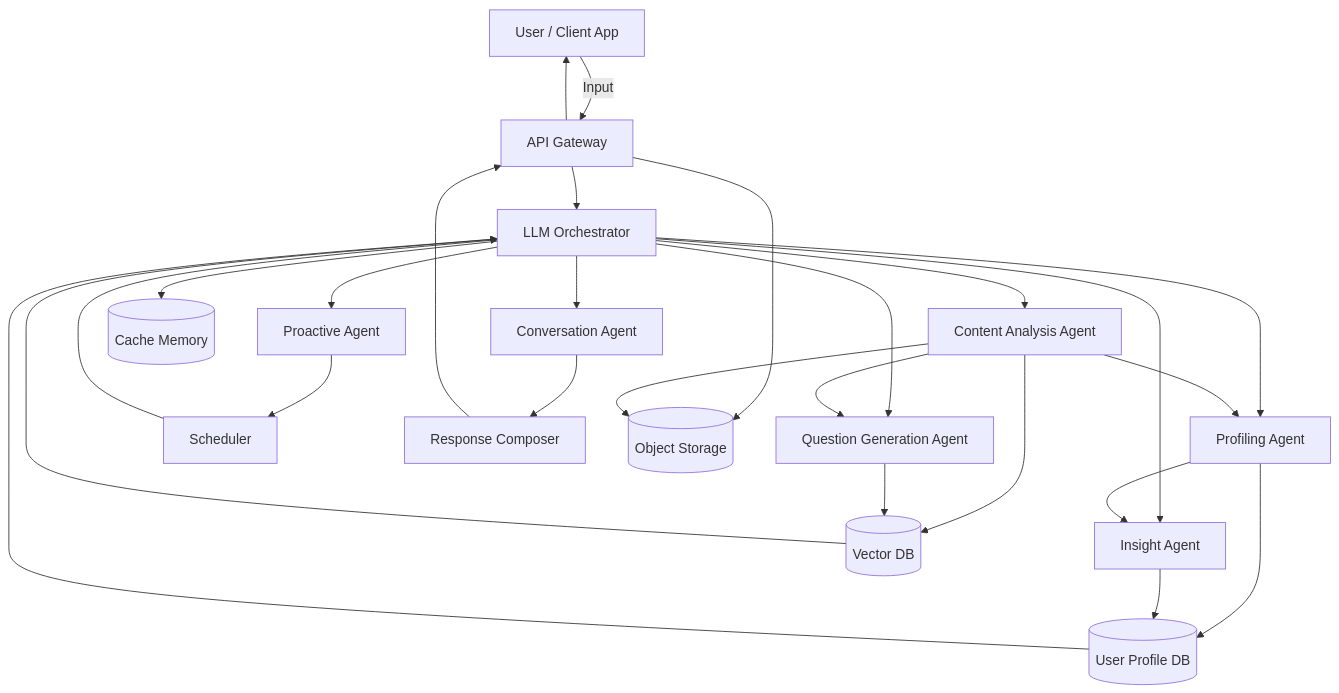
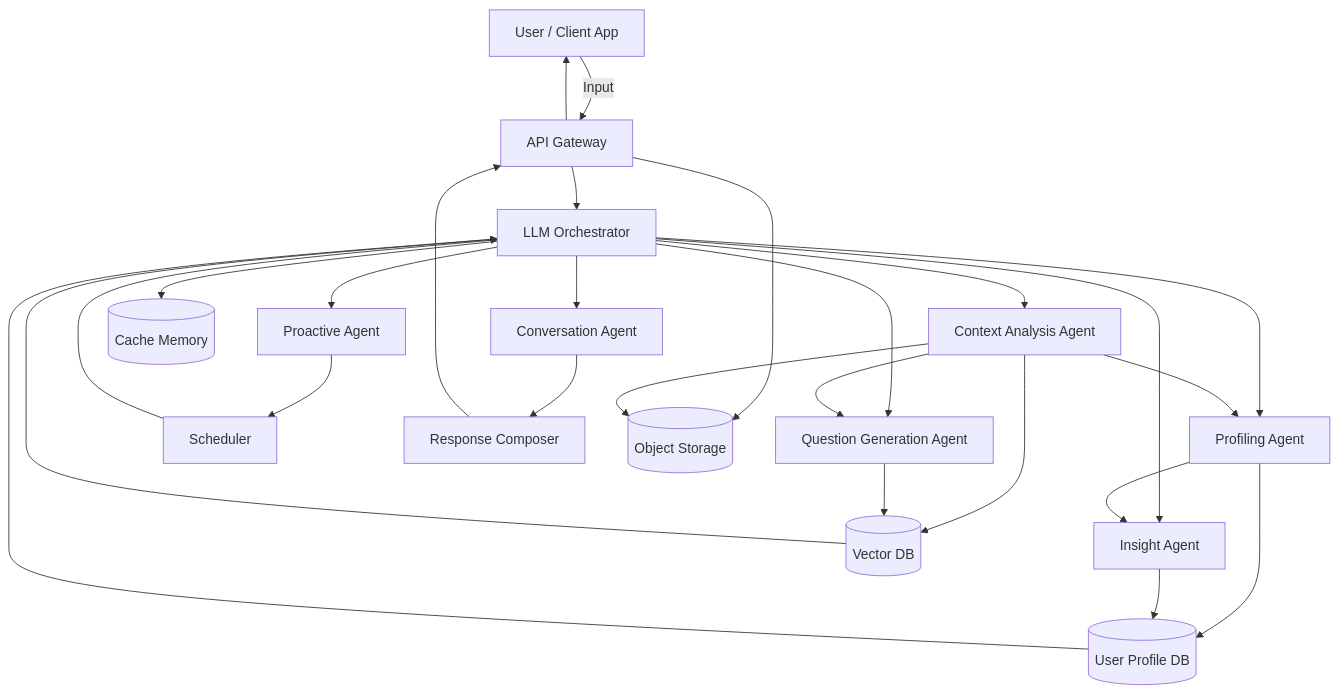
Before and after one commit to DevelSSN/ai-lms: the diagram in design.md, drawn with Mermaid. The commit also changed other lines of this file and 4 other files, not shown here.

````diff
--- a/design.md
+++ b/design.md
@@ -5,37 +5,37 @@
 ```mermaid
 flowchart TD
 
 U[User / Client App] -->|Input| API[API Gateway]
 
 API --> ORCH[LLM Orchestrator]
 
 ORCH --> CA[Conversation Agent]
 ORCH --> PA[Profiling Agent]
-ORCH --> CAA[Content Analysis Agent]
+ORCH --> CAA[Context Analysis Agent]
 ORCH --> QGA[Question Generation Agent]
 ORCH --> IRA[Insight Agent]
 ORCH --> PEA[Proactive Agent]
 
 PA --> MEM[(User Profile DB)]
 CAA --> VDB[(Vector DB)]
 QGA --> VDB
 IRA --> MEM
 
 ORCH --> STM[(Cache Memory)]
 
 CAA --> QGA
 CAA --> PA
 PA --> IRA
 VDB --> ORCH
 MEM --> ORCH
 
 PEA --> SCHED[Scheduler]
 SCHED --> ORCH
 
 CA --> RESP[Response Composer]
 RESP --> API
 API --> U
 
 API --> OBJ[(Object Storage)]
 CAA --> OBJ
 ```
````
